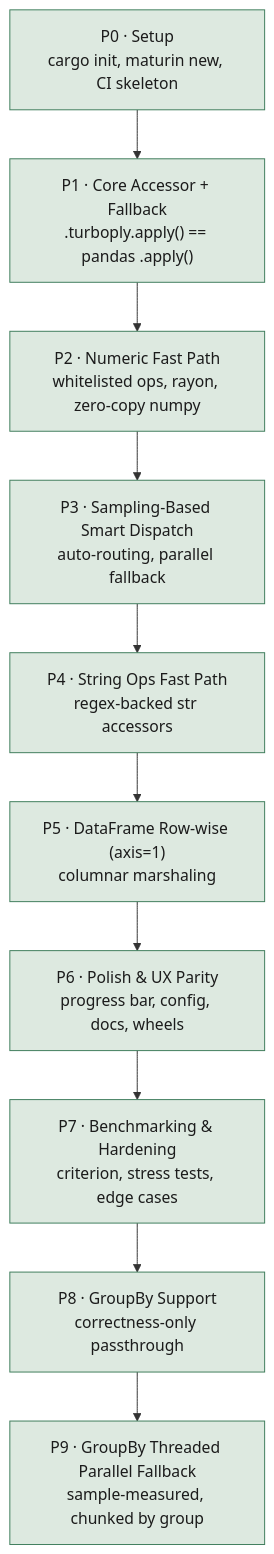
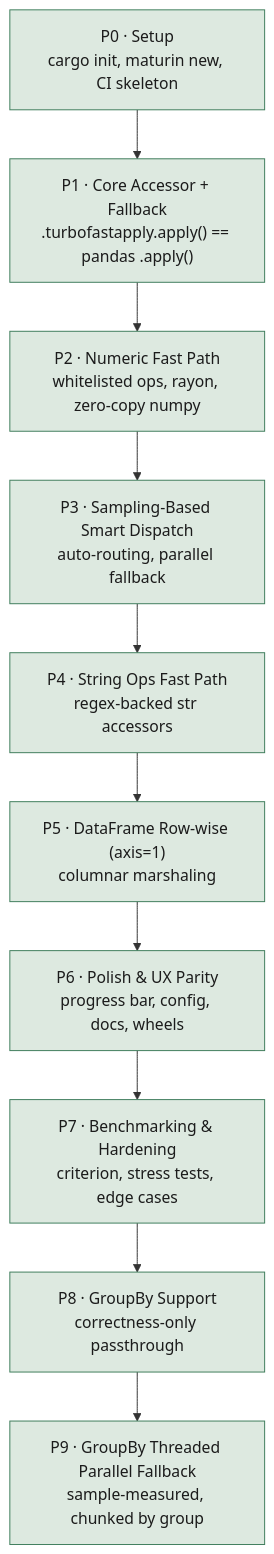
One commit to P-Sudhakar-tech/FastApply changed the diagram in claude.md. Above: the diagram before and after it, drawn with Mermaid. The commit also changed other lines of this file and 34 other files, not shown here.

````diff
--- a/claude.md
+++ b/claude.md
@@ -145,18 +167,18 @@
 ```mermaid
 flowchart TD
     P0["P0 · Setup\ncargo init, maturin new, CI skeleton"] --> P1
-    P1["P1 · Core Accessor + Fallback\n.turboply.apply() == pandas .apply()"] --> P2
+    P1["P1 · Core Accessor + Fallback\n.turbofastapply.apply() == pandas .apply()"] --> P2
     P2["P2 · Numeric Fast Path\nwhitelisted ops, rayon, zero-copy numpy"] --> P3
     P3["P3 · Sampling-Based Smart Dispatch\nauto-routing, parallel fallback"] --> P4
     P4["P4 · String Ops Fast Path\nregex-backed str accessors"] --> P5
     P5["P5 · DataFrame Row-wise (axis=1)\ncolumnar marshaling"] --> P6
     P6["P6 · Polish & UX Parity\nprogress bar, config, docs, wheels"] --> P7
     P7["P7 · Benchmarking & Hardening\ncriterion, stress tests, edge cases"] --> P8
     P8["P8 · GroupBy Support\ncorrectness-only passthrough"] --> P9
     P9["P9 · GroupBy Threaded Parallel Fallback\nsample-measured, chunked by group"]
 
     classDef done fill:#dde9e0,stroke:#3f7d5c,color:#1b1b1b;
     classDef next fill:#f0dcd0,stroke:#b8441f,color:#1b1b1b;
     classDef planned fill:#eae5db,stroke:#9c9284,color:#1b1b1b;
     class P0,P1,P2,P3,P4,P5,P6,P7,P8,P9 done;
 ```
````
